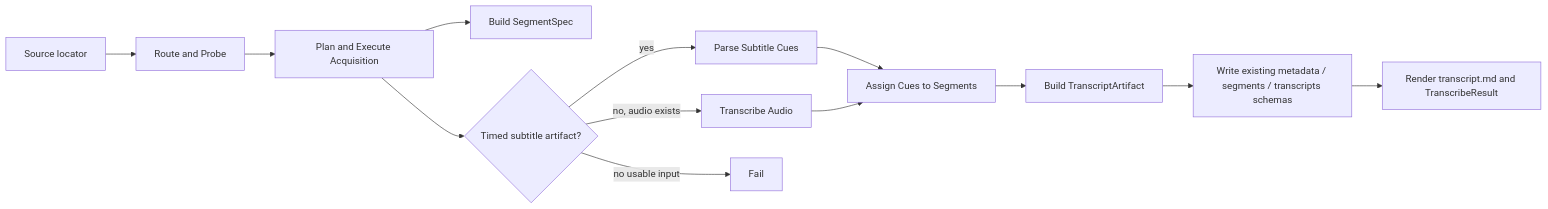
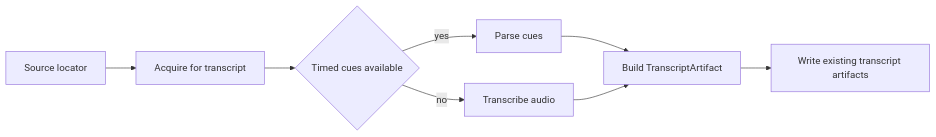
Before and after one commit to apue/yt2notion: the fourth of 9 diagrams in docs/typed-pipeline-architecture.md, drawn with Mermaid. The commit also changed other lines of this file and 1 other file, not shown here.

First line of the commit message:
docs: refocus typed pipeline architecture

````diff
--- a/docs/typed-pipeline-architecture.md
+++ b/docs/typed-pipeline-architecture.md
@@ -302,15 +199,10 @@
 ```mermaid
 flowchart LR
-    A[Source locator] --> B[Route and Probe]
-    B --> C[Plan and Execute Acquisition]
-    C --> D[Build SegmentSpec]
-    C --> E{Timed subtitle artifact?}
-    E -->|yes| F[Parse Subtitle Cues]
-    E -->|no, audio exists| G[Transcribe Audio]
-    E -->|no usable input| X[Fail]
-    F --> H[Assign Cues to Segments]
-    G --> H
-    H --> I[Build TranscriptArtifact]
-    I --> J[Write existing metadata / segments / transcripts schemas]
-    J --> K[Render transcript.md and TranscribeResult]
+    SRC[Source locator] --> ACQ[Acquire for transcript]
+    ACQ --> KIND{Timed cues available}
+    KIND -->|yes| PARSE[Parse cues]
+    KIND -->|no| ASR[Transcribe audio]
+    PARSE --> BUILD[Build TranscriptArtifact]
+    ASR --> BUILD
+    BUILD --> WRITE[Write existing transcript artifacts]
 ```
````
